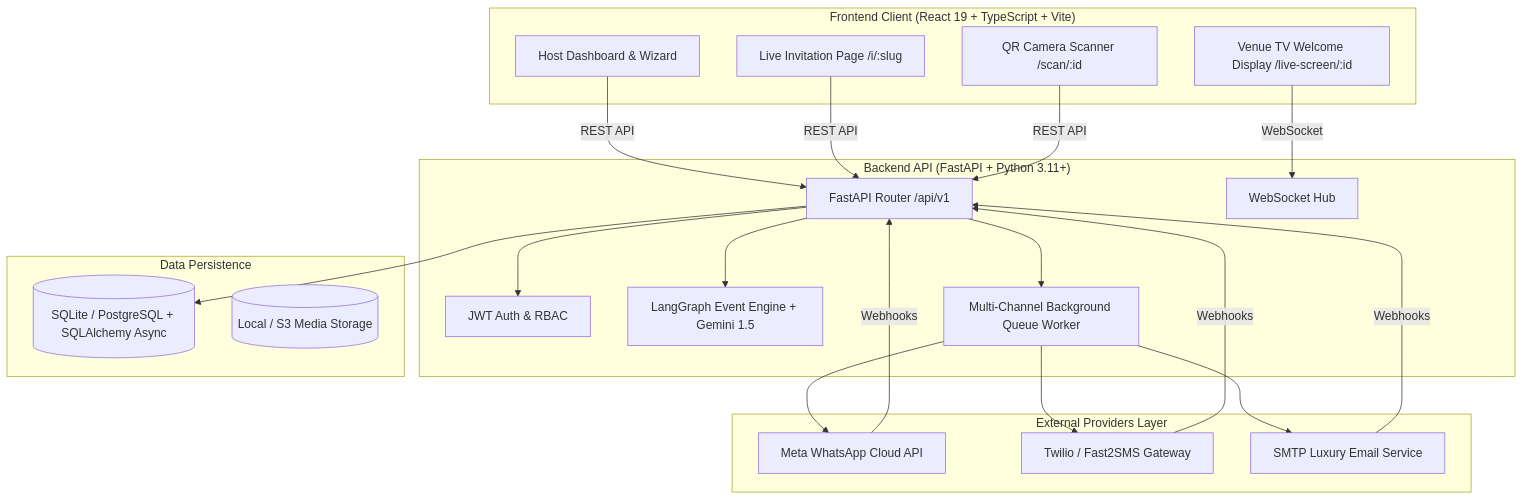
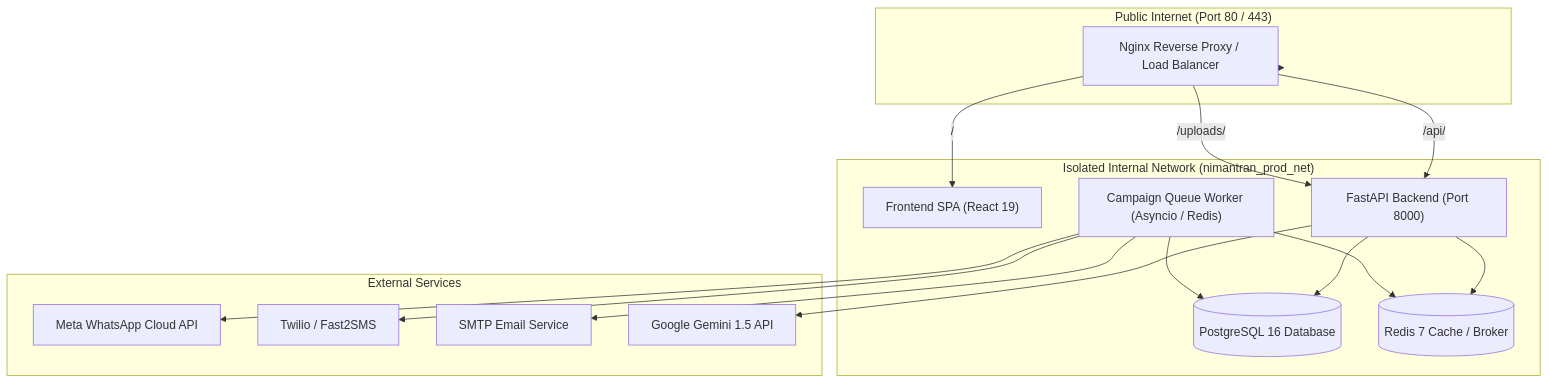
One commit to rohitgupta9886/Nimantran_App changed the diagram in README.md. Above: the diagram before and after it, drawn with Mermaid. The commit also changed other lines of this file and 6 other files, not shown here.

Commit message:
feat: production hardening, multi-channel broadcasting, and deployment setup

````diff
--- a/README.md
+++ b/README.md
@@ -65,43 +78,34 @@
 ```mermaid
 flowchart TD
-    subgraph Frontend["Frontend Client (React 19 + TypeScript + Vite)"]
-        UI[Host Dashboard & Wizard]
-        GuestPage[Live Invitation Page /i/:slug]
-        Scanner[QR Camera Scanner /scan/:id]
-        TVScreen[Venue TV Welcome Display /live-screen/:id]
+    subgraph Public["Public Internet (Port 80 / 443)"]
+        Nginx["Nginx Reverse Proxy / Load Balancer"]
     end
 
-    subgraph Backend["Backend API (FastAPI + Python 3.11+)"]
-        API[FastAPI Router /api/v1]
-        Auth[JWT Auth & RBAC]
-        AI[LangGraph Event Engine + Gemini 1.5]
-        Worker[Multi-Channel Background Queue Worker]
-        WSServer[WebSocket Hub]
+    subgraph InternalNet["Isolated Internal Network (nimantran_prod_net)"]
+        Frontend["Frontend SPA (React 19)"]
+        Backend["FastAPI Backend (Port 8000)"]
+        Worker["Campaign Queue Worker (Asyncio / Redis)"]
+        Postgres[(PostgreSQL 16 Database)]
+        Redis[(Redis 7 Cache / Broker)]
     end
 
-    subgraph Messaging["External Providers Layer"]
-        MetaWA[Meta WhatsApp Cloud API]
-        SMS[Twilio / Fast2SMS Gateway]
-        SMTP[SMTP Luxury Email Service]
+    subgraph External["External Services"]
+        MetaWA["Meta WhatsApp Cloud API"]
+        SMS["Twilio / Fast2SMS"]
+        SMTP["SMTP Email Service"]
+        Gemini["Google Gemini 1.5 API"]
     end
 
-    subgraph Storage["Data Persistence"]
-        DB[(SQLite / PostgreSQL + SQLAlchemy Async)]
-        Files[(Local / S3 Media Storage)]
-    end
-
-    UI -->|REST API| API
-    GuestPage -->|REST API| API
-    Scanner -->|REST API| API
-    TVScreen -->|WebSocket| WSServer
-    API --> Auth
-    API --> AI
-    API --> Worker
-    API --> DB
+    Public --> Nginx
+    Nginx -->|/ | Frontend
+    Nginx -->|/api/ | Backend
+    Nginx -->|/uploads/ | Backend
+    Backend --> Postgres
+    Backend --> Redis
+    Backend --> Gemini
+    Worker --> Postgres
+    Worker --> Redis
     Worker --> MetaWA
     Worker --> SMS
     Worker --> SMTP
-    MetaWA -->|Webhooks| API
-    SMS -->|Webhooks| API
-    SMTP -->|Webhooks| API
 ```
````
